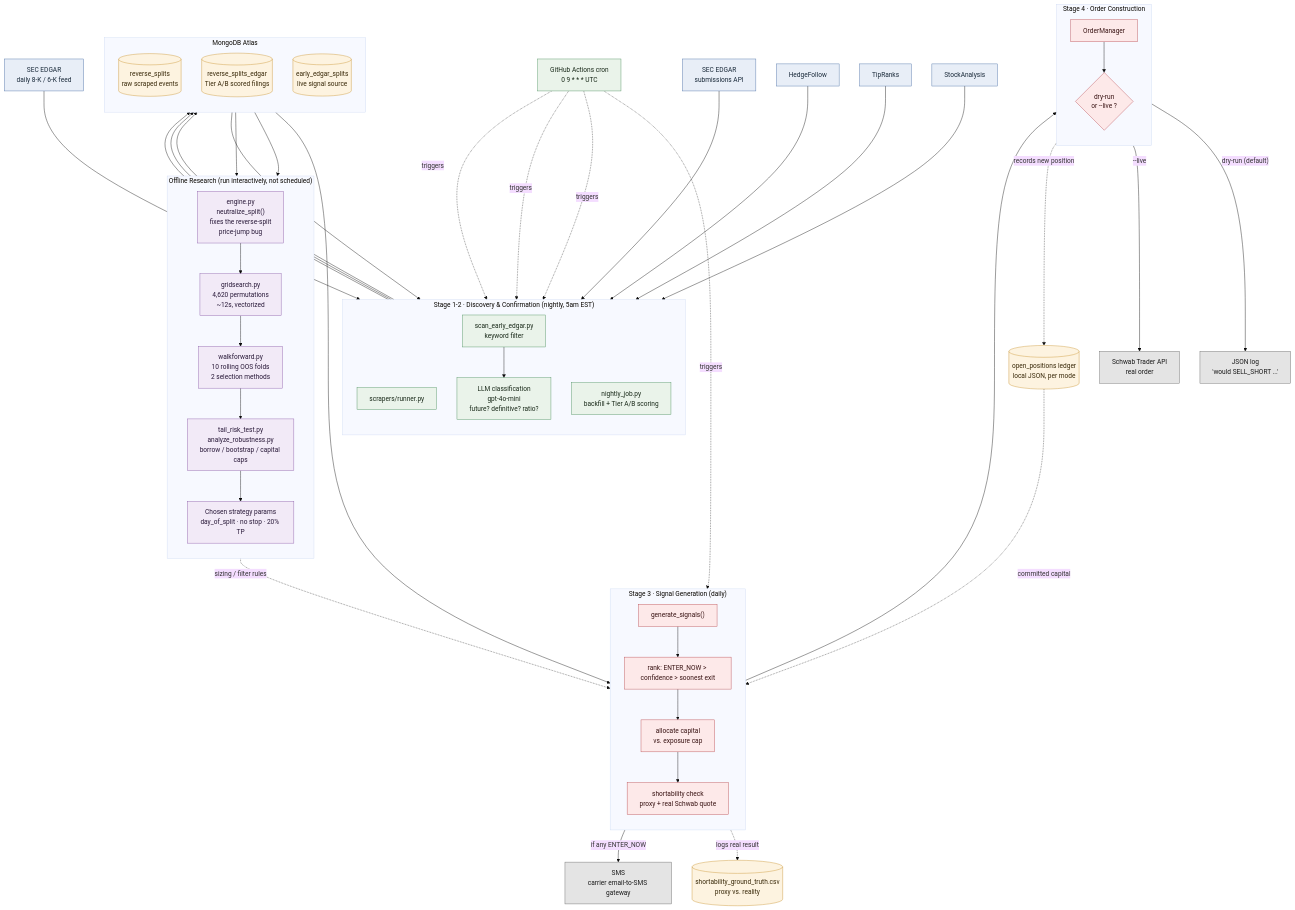
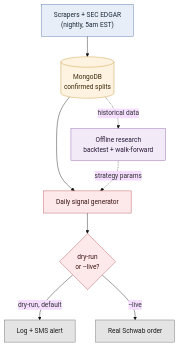
The diagram in docs/ARCHITECTURE.md (anthony-lamelas/reverse-split-strategy), drawn with Mermaid (base theme) before and after one commit. The commit also changed other lines of this file, not shown here.

Commit message:
Simplify architecture diagram to the essential decision path
Dropped from ~30 nodes with subgraphs down to 7: sources -> Mongo ->
research (feeds params only) -> daily signal generator -> dry-run/
live branch. Full detail stays in REPORT.md.

````diff
--- a/docs/ARCHITECTURE.md
+++ b/docs/ARCHITECTURE.md
@@ -9,98 +6,23 @@
 ```mermaid
 flowchart TD
     classDef source fill:#e8eef7,stroke:#4a6fa5,color:#1a2a3a
-    classDef pipeline fill:#eaf3ea,stroke:#4a8f5c,color:#1a2a1a
     classDef storage fill:#fdf3e0,stroke:#c9922e,color:#3a2a0a
     classDef research fill:#f2eaf7,stroke:#8a5aa8,color:#2a1a3a
     classDef live fill:#fde9e9,stroke:#b8494f,color:#3a1414
     classDef terminal fill:#e4e4e4,stroke:#666,color:#1a1a1a
 
-    %% ---------- Sources ----------
-    SA[StockAnalysis]:::source
-    TR[TipRanks]:::source
-    HF[HedgeFollow]:::source
-    SEC1[SEC EDGAR<br/>submissions API]:::source
-    SEC2[SEC EDGAR<br/>daily 8-K / 6-K feed]:::source
+    A["Scrapers + SEC EDGAR<br/>(nightly, 5am EST)"]:::source
+    B[("MongoDB<br/>confirmed splits")]:::storage
+    C["Offline research<br/>backtest + walk-forward"]:::research
+    D["Daily signal generator"]:::live
+    E{"dry-run<br/>or --live?"}:::live
+    F["Log + SMS alert"]:::terminal
+    G["Real Schwab order"]:::terminal
 
-    %% ---------- Stage 1-2: discovery + confirmation ----------
-    subgraph DISCOVERY["Stage 1-2 · Discovery &amp; Confirmation (nightly, 5am EST)"]
-        direction TB
-        RUNNER["scrapers/runner.py"]:::pipeline
-        NIGHTLY["nightly_job.py<br/>backfill + Tier A/B scoring"]:::pipeline
-        SCAN["scan_early_edgar.py<br/>keyword filter"]:::pipeline
-        LLM["LLM classification<br/>gpt-4o-mini<br/>future? definitive? ratio?"]:::pipeline
-    end
-
-    SA --> RUNNER
-    TR --> RUNNER
-    HF --> RUNNER
-    SEC1 --> NIGHTLY
-    SEC2 --> SCAN --> LLM
-
-    %% ---------- Storage ----------
-    subgraph MONGO["MongoDB Atlas"]
-        direction TB
-        C1[("reverse_splits<br/>raw scraped events")]:::storage
-        C2[("reverse_splits_edgar<br/>Tier A/B scored filings")]:::storage
-        C3[("early_edgar_splits<br/>live signal source")]:::storage
-    end
-
-    RUNNER --> C1
-    C1 --> NIGHTLY --> C2
-    LLM --> C3
-
-    %% ---------- Offline research ----------
-    subgraph RESEARCH["Offline Research (run interactively, not scheduled)"]
-        direction TB
-        NEUT["engine.py<br/>neutralize_split()<br/>fixes the reverse-split<br/>price-jump bug"]:::research
-        GRID["gridsearch.py<br/>4,620 permutations<br/>~12s, vectorized"]:::research
-        WF["walkforward.py<br/>10 rolling OOS folds<br/>2 selection methods"]:::research
-        RISK["tail_risk_test.py<br/>analyze_robustness.py<br/>borrow / bootstrap / capital caps"]:::research
-        PARAMS["Chosen strategy params<br/>day_of_split · no stop · 20% TP"]:::research
-    end
-
-    C2 --> NEUT
-    C3 --> NEUT
-    NEUT --> GRID --> WF --> RISK --> PARAMS
-
-    %% ---------- Live signal generation ----------
-    subgraph SIGNAL["Stage 3 · Signal Generation (daily)"]
-        direction TB
-        GEN["generate_signals()"]:::live
-        RANK["rank: ENTER_NOW &gt; confidence &gt; soonest exit"]:::live
-        CAP["allocate capital<br/>vs. exposure cap"]:::live
-        SHORT["shortability check<br/>proxy + real Schwab quote"]:::live
-    end
-
-    C3 --> GEN
-    PARAMS -. "sizing / filter rules" .-> GEN
-    GEN --> RANK --> CAP --> SHORT
-
-    %% ---------- State ----------
-    LEDGER[("open_positions ledger<br/>local JSON, per mode")]:::storage
-    LEDGER -. "committed capital" .-> CAP
-
-    %% ---------- Execution ----------
-    subgraph EXEC["Stage 4 · Order Construction"]
-        direction TB
-        OM["OrderManager"]:::live
-        MODE{"dry-run<br/>or --live ?"}:::live
-    end
-
-    SHORT --> OM --> MODE
-    MODE -->|"dry-run (default)"| LOG["JSON log<br/>'would SELL_SHORT ...'"]:::terminal
-    MODE -->|"--live"| SCHWAB["Schwab Trader API<br/>real order"]:::terminal
-    OM -. "records new position" .-> LEDGER
-    SHORT -. "logs real result" .-> GT[("shortability_ground_truth.csv<br/>proxy vs. reality")]:::storage
-
-    %% ---------- Alerting ----------
-    SMS["SMS<br/>carrier email-to-SMS gateway"]:::terminal
-    GEN -->|"if any ENTER_NOW"| SMS
-
-    %% ---------- Scheduling ----------
-    GHA["GitHub Actions cron<br/>0 9 * * * UTC"]:::pipeline
-    GHA -.->|triggers| RUNNER
-    GHA -.->|triggers| NIGHTLY
-    GHA -.->|triggers| SCAN
-    GHA -.->|triggers| GEN
+    A --> B --> D
+    C -. "strategy params" .-> D
+    B -. "historical data" .-> C
+    D --> E
+    E -->|dry-run, default| F
+    E -->|"--live"| G
 ```
````
